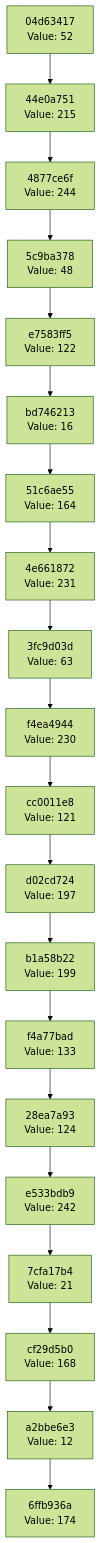
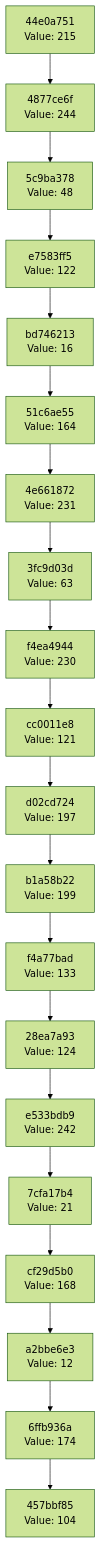
The diagram in docs/CHAIN_VISUALIZATION.md (Abhisheksinha1506/hash-chain-evolver), drawn with Mermaid (forest theme) before and after one commit. The commit also changed 2 other files, not shown here.

Commit message:
Evolution step: hash 0x68 → action executed

````diff
--- a/docs/CHAIN_VISUALIZATION.md
+++ b/docs/CHAIN_VISUALIZATION.md
@@ -3,42 +3,42 @@
 ```mermaid
 graph TD
-    C0["6ffb936a<br/>Value: 174"]
-    C1["a2bbe6e3<br/>Value: 12"]
+    C0["457bbf85<br/>Value: 104"]
+    C1["6ffb936a<br/>Value: 174"]
     C1 --> C0
-    C2["cf29d5b0<br/>Value: 168"]
+    C2["a2bbe6e3<br/>Value: 12"]
     C2 --> C1
-    C3["7cfa17b4<br/>Value: 21"]
+    C3["cf29d5b0<br/>Value: 168"]
     C3 --> C2
-    C4["e533bdb9<br/>Value: 242"]
+    C4["7cfa17b4<br/>Value: 21"]
     C4 --> C3
-    C5["28ea7a93<br/>Value: 124"]
+    C5["e533bdb9<br/>Value: 242"]
     C5 --> C4
-    C6["f4a77bad<br/>Value: 133"]
+    C6["28ea7a93<br/>Value: 124"]
     C6 --> C5
-    C7["b1a58b22<br/>Value: 199"]
+    C7["f4a77bad<br/>Value: 133"]
     C7 --> C6
-    C8["d02cd724<br/>Value: 197"]
+    C8["b1a58b22<br/>Value: 199"]
     C8 --> C7
-    C9["cc0011e8<br/>Value: 121"]
+    C9["d02cd724<br/>Value: 197"]
     C9 --> C8
-    C10["f4ea4944<br/>Value: 230"]
+    C10["cc0011e8<br/>Value: 121"]
     C10 --> C9
-    C11["3fc9d03d<br/>Value: 63"]
+    C11["f4ea4944<br/>Value: 230"]
     C11 --> C10
-    C12["4e661872<br/>Value: 231"]
+    C12["3fc9d03d<br/>Value: 63"]
     C12 --> C11
-    C13["51c6ae55<br/>Value: 164"]
+    C13["4e661872<br/>Value: 231"]
     C13 --> C12
-    C14["bd746213<br/>Value: 16"]
+    C14["51c6ae55<br/>Value: 164"]
     C14 --> C13
-    C15["e7583ff5<br/>Value: 122"]
+    C15["bd746213<br/>Value: 16"]
     C15 --> C14
-    C16["5c9ba378<br/>Value: 48"]
+    C16["e7583ff5<br/>Value: 122"]
     C16 --> C15
-    C17["4877ce6f<br/>Value: 244"]
+    C17["5c9ba378<br/>Value: 48"]
     C17 --> C16
-    C18["44e0a751<br/>Value: 215"]
+    C18["4877ce6f<br/>Value: 244"]
     C18 --> C17
-    C19["04d63417<br/>Value: 52"]
+    C19["44e0a751<br/>Value: 215"]
     C19 --> C18
 ```
````
